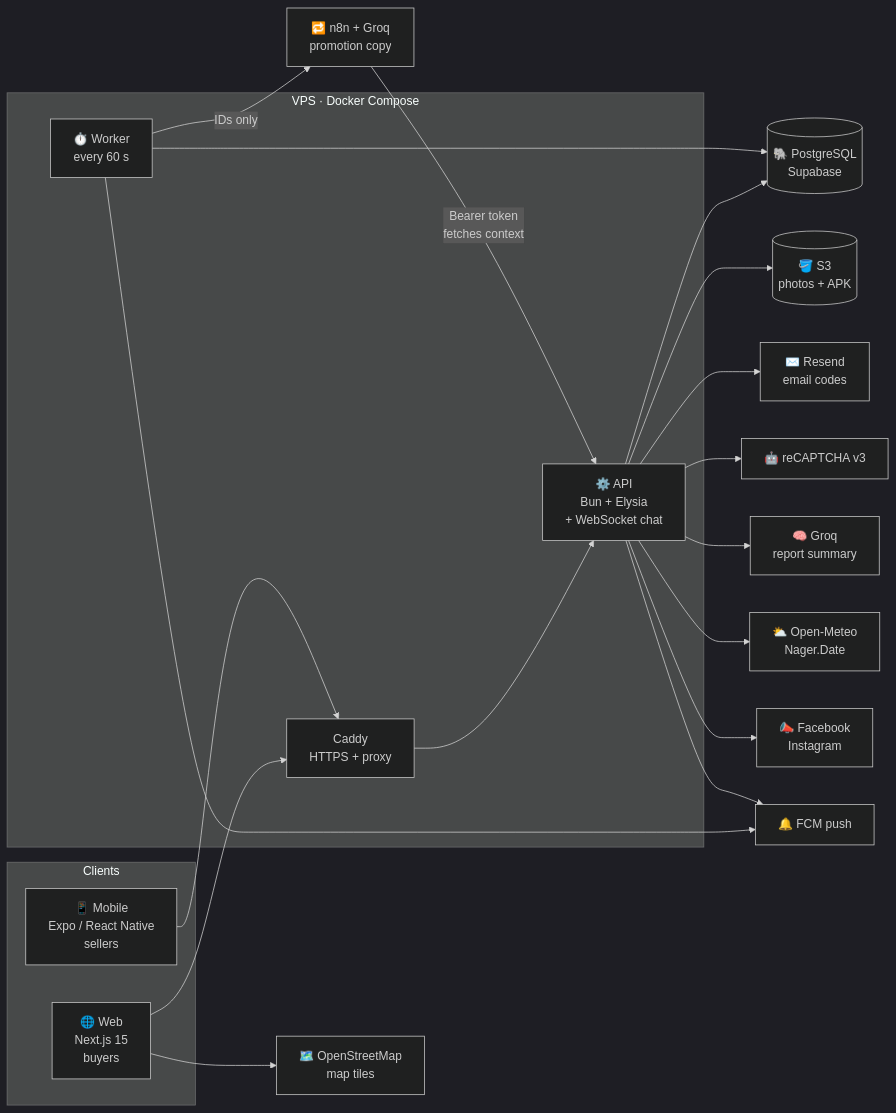
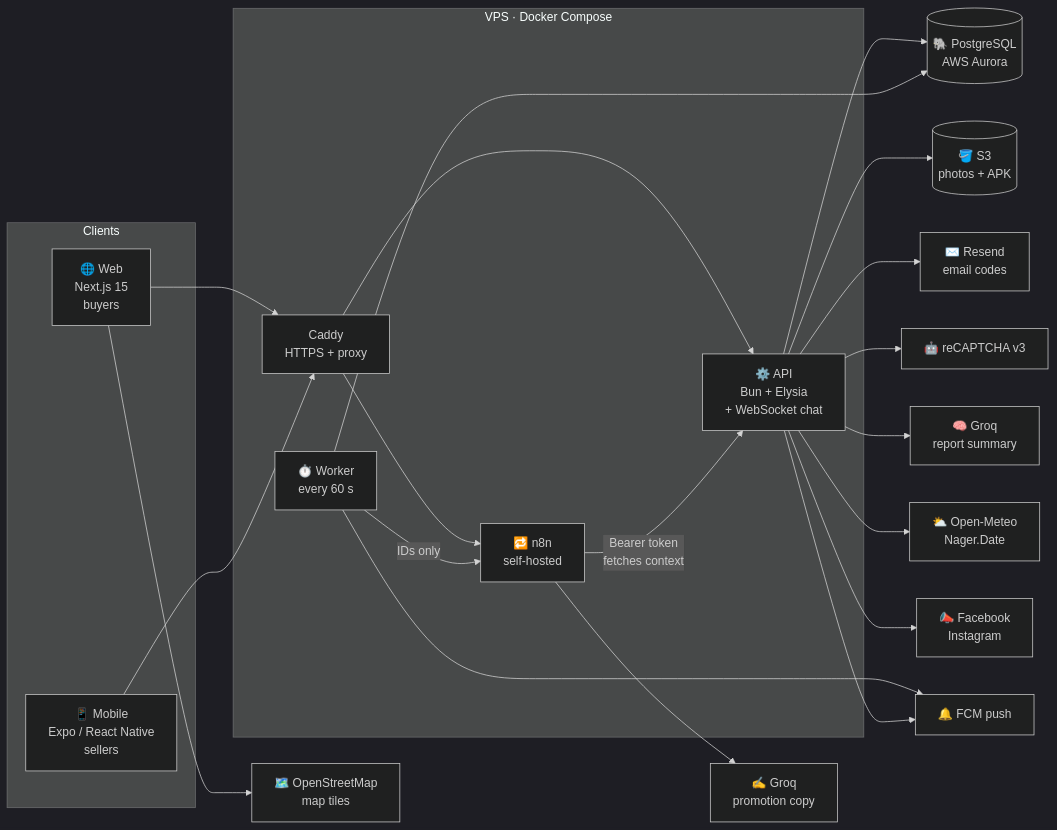
One commit to jjoaquin-dev/Agrivive changed the diagram in README.md. Above: the diagram before and after it, drawn with Mermaid (dark theme). The commit also changed other lines of this file, not shown here.

Commit message:
update root README: Aurora, self-hosted n8n, deploy steps

````diff
--- a/README.md
+++ b/README.md
@@ -74,41 +74,44 @@
 ```mermaid
 flowchart LR
     subgraph Clients
         W["🌐 Web<br/>Next.js 15<br/>buyers"]
         M["📱 Mobile<br/>Expo / React Native<br/>sellers"]
     end
 
     subgraph VPS["VPS · Docker Compose"]
         C["Caddy<br/>HTTPS + proxy"]
         A["⚙️ API<br/>Bun + Elysia<br/>+ WebSocket chat"]
         K["⏱️ Worker<br/>every 60 s"]
+        N["🔁 n8n<br/>self-hosted"]
     end
 
-    DB[("🐘 PostgreSQL<br/>Supabase")]
+    DB[("🐘 PostgreSQL<br/>AWS Aurora")]
     S3[("🪣 S3<br/>photos + APK")]
     X["⛅ Open-Meteo<br/>Nager.Date"]
-    N["🔁 n8n + Groq<br/>promotion copy"]
+    GQ["✍️ Groq<br/>promotion copy"]
     FB["📣 Facebook<br/>Instagram"]
     P["🔔 FCM push"]
     E["✉️ Resend<br/>email codes"]
     G["🤖 reCAPTCHA v3"]
     T["🗺️ OpenStreetMap<br/>map tiles"]
     Q["🧠 Groq<br/>report summary"]
 
     W --> C
     W --> T
     M --> C
     C --> A
+    C --> N
     A --> DB
     K --> DB
     A --> S3
     A --> E
     A --> G
     A --> Q
     A --> X
     K -->|"IDs only"| N
     N -->|"Bearer token<br/>fetches context"| A
+    N --> GQ
     A --> FB
     K --> P
     A --> P
 ```
````
